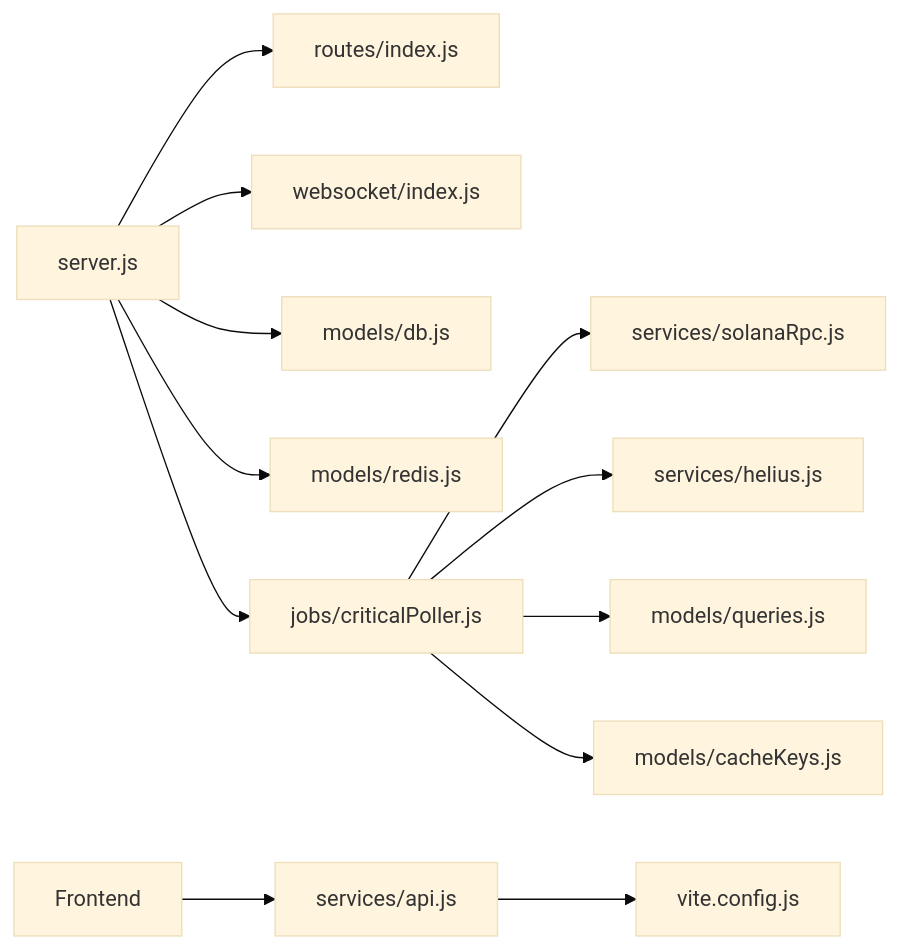
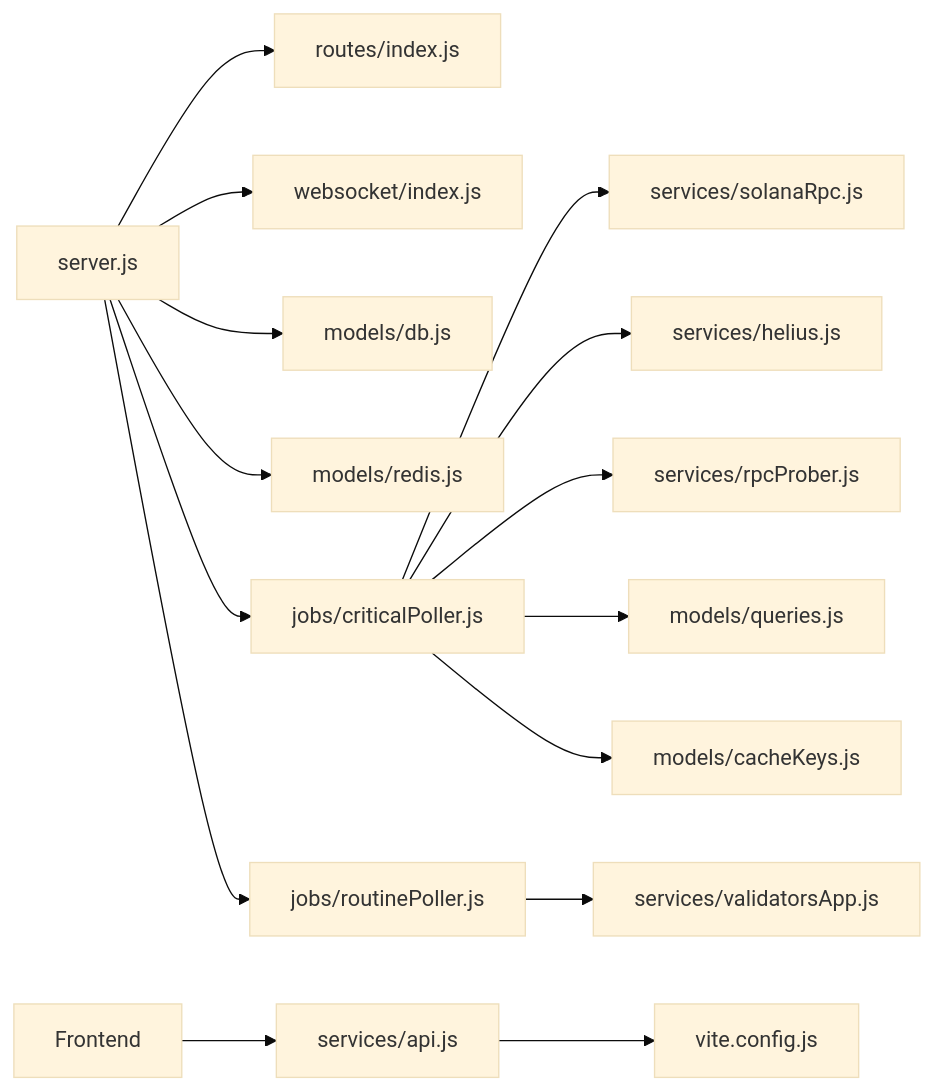
Before and after one commit to RunTimeAdmin/InfraWatch: the fourth of 4 diagrams in .qoder/repowiki/en/content/Development Guide.md, drawn with Mermaid (base theme). The commit also changed other lines of this file and 12 other files, not shown here.

Commit message:
fix: add Math.round() to RPC prober latency calculations to prevent floating point display artifacts

````diff
--- a/.qoder/repowiki/en/content/Development Guide.md
+++ b/.qoder/repowiki/en/content/Development Guide.md
@@ -337,14 +386,17 @@
 ```mermaid
 graph LR
 Server["server.js"] --> Routes["routes/index.js"]
 Server --> WS["websocket/index.js"]
 Server --> DB["models/db.js"]
 Server --> Redis["models/redis.js"]
-Server --> Poller["jobs/criticalPoller.js"]
-Poller --> Solana["services/solanaRpc.js"]
-Poller --> Helius["services/helius.js"]
-Poller --> Queries["models/queries.js"]
-Poller --> CacheKeys["models/cacheKeys.js"]
+Server --> CP["jobs/criticalPoller.js"]
+Server --> RP["jobs/routinePoller.js"]
+CP --> Solana["services/solanaRpc.js"]
+CP --> Helius["services/helius.js"]
+CP --> RPCProber["services/rpcProber.js"]
+CP --> Queries["models/queries.js"]
+CP --> CacheKeys["models/cacheKeys.js"]
+RP --> ValidatorsApp["services/validatorsApp.js"]
 Frontend["Frontend"] --> API["services/api.js"]
 API --> Vite["vite.config.js"]
 ```
````
